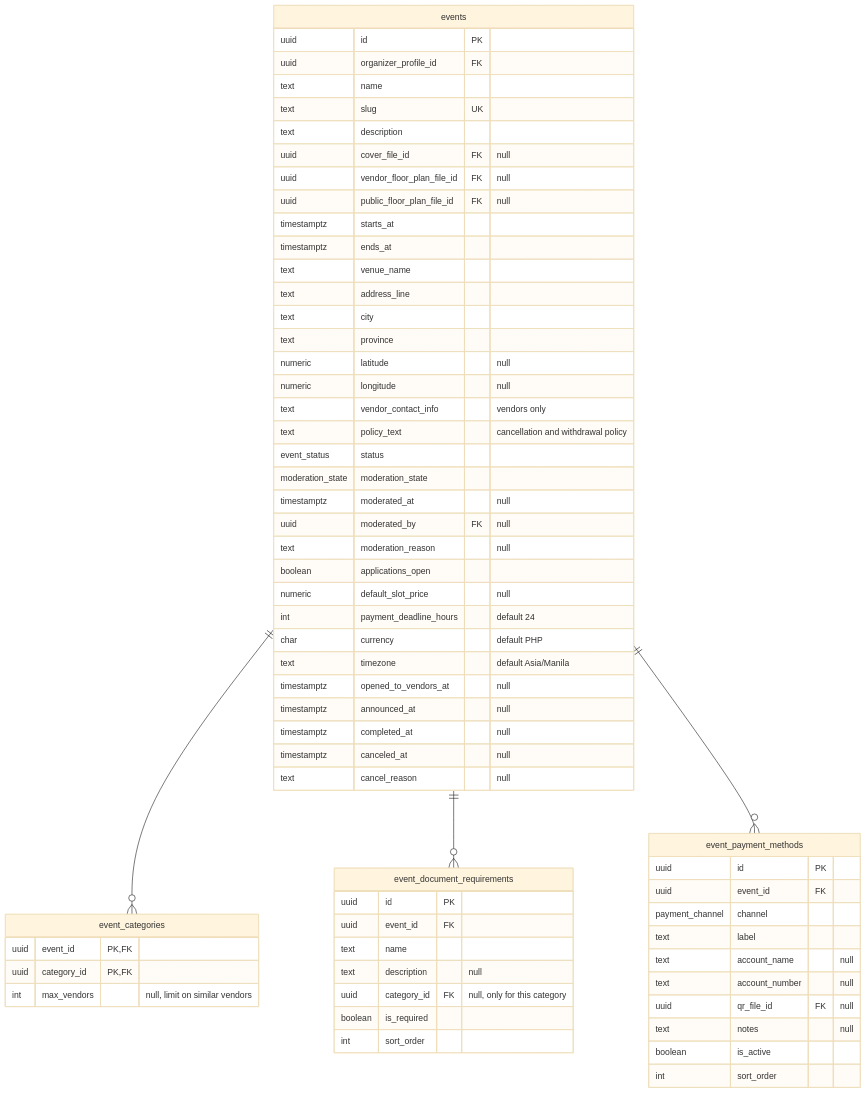
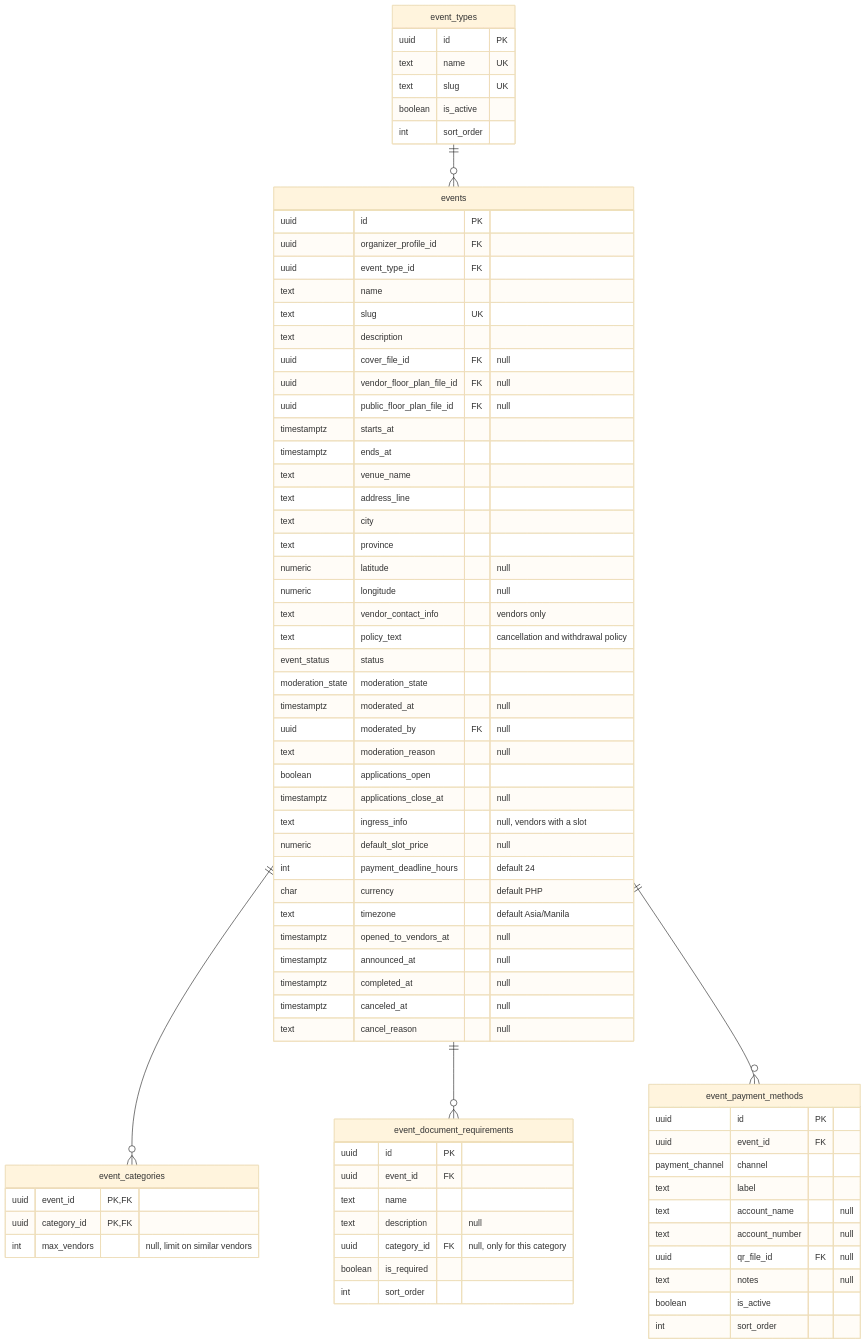
One commit to Aycees/Creavent changed the fourth of 6 diagrams in docs/data-model.md. Above: the diagram before and after it, drawn with Mermaid (base theme). The commit also changed other lines of this file and 8 other files, not shown here.

````diff
--- a/docs/data-model.md
+++ b/docs/data-model.md
@@ -334,67 +348,78 @@
 ```mermaid
 erDiagram
+    event_types {
+        uuid id PK
+        text name UK
+        text slug UK
+        boolean is_active
+        int sort_order
+    }
     events {
         uuid id PK
         uuid organizer_profile_id FK
+        uuid event_type_id FK
         text name
         text slug UK
         text description
         uuid cover_file_id FK "null"
         uuid vendor_floor_plan_file_id FK "null"
         uuid public_floor_plan_file_id FK "null"
         timestamptz starts_at
         timestamptz ends_at
         text venue_name
         text address_line
         text city
         text province
         numeric latitude "null"
         numeric longitude "null"
         text vendor_contact_info "vendors only"
         text policy_text "cancellation and withdrawal policy"
         event_status status
         moderation_state moderation_state
         timestamptz moderated_at "null"
         uuid moderated_by FK "null"
         text moderation_reason "null"
         boolean applications_open
+        timestamptz applications_close_at "null"
+        text ingress_info "null, vendors with a slot"
         numeric default_slot_price "null"
         int payment_deadline_hours "default 24"
         char currency "default PHP"
         text timezone "default Asia/Manila"
         timestamptz opened_to_vendors_at "null"
         timestamptz announced_at "null"
         timestamptz completed_at "null"
         timestamptz canceled_at "null"
         text cancel_reason "null"
     }
     event_categories {
         uuid event_id PK,FK
         uuid category_id PK,FK
         int max_vendors "null, limit on similar vendors"
     }
     event_document_requirements {
         uuid id PK
         uuid event_id FK
         text name
         text description "null"
         uuid category_id FK "null, only for this category"
         boolean is_required
         int sort_order
     }
     event_payment_methods {
         uuid id PK
         uuid event_id FK
         payment_channel channel
         text label
         text account_name "null"
         text account_number "null"
         uuid qr_file_id FK "null"
         text notes "null"
         boolean is_active
         int sort_order
     }
+    event_types ||--o{ events : ""
     events ||--o{ event_categories : ""
     events ||--o{ event_document_requirements : ""
     events ||--o{ event_payment_methods : ""
 ```
````
